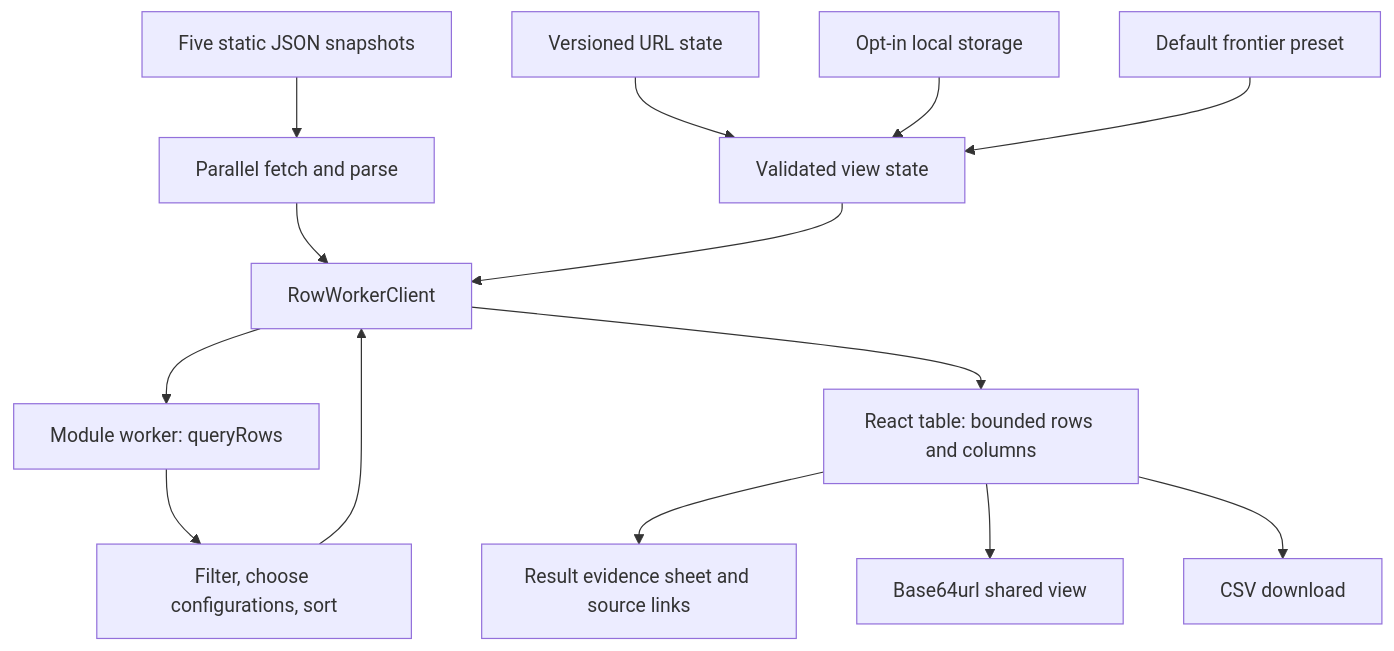
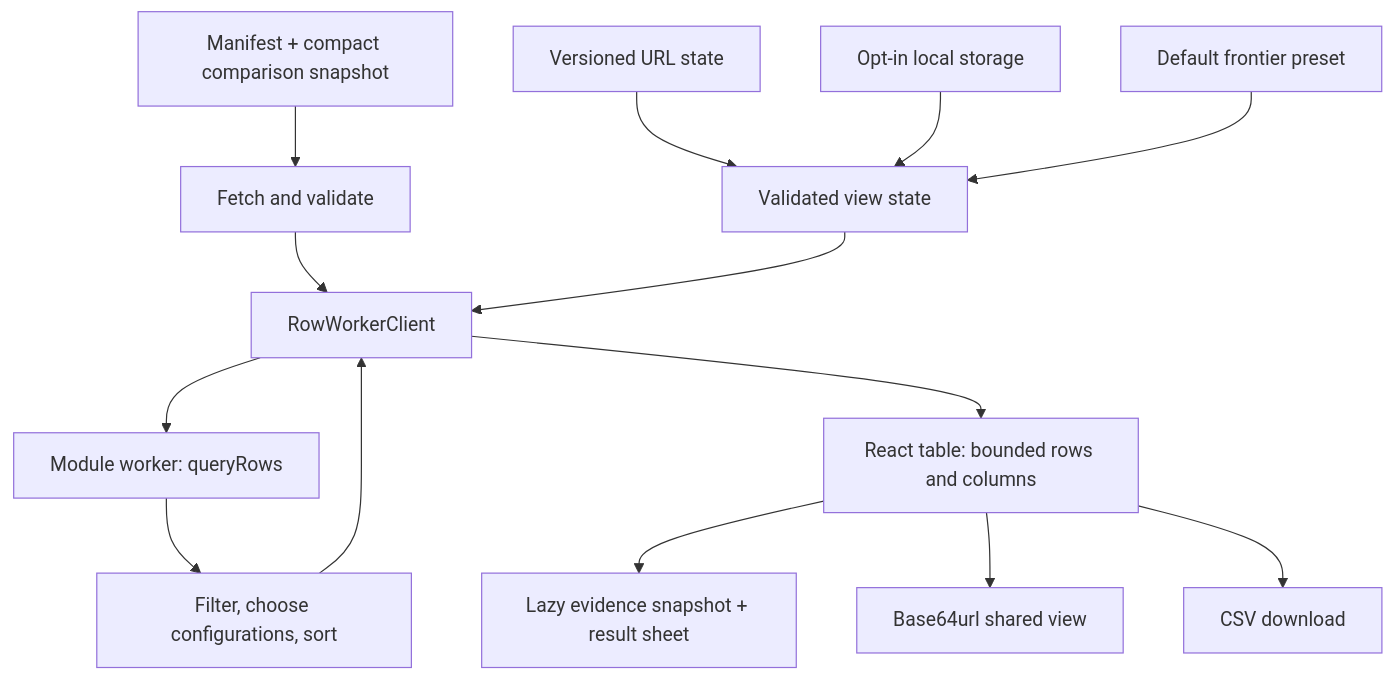
One commit to katagun/allthebenches changed the second of 4 diagrams in docs/ARCHITECTURE.md. Above: the diagram before and after it, drawn with Mermaid. The commit also changed other lines of this file and 44 other files, not shown here.

````diff
--- a/docs/ARCHITECTURE.md
+++ b/docs/ARCHITECTURE.md
@@ -28,16 +28,16 @@
 ```mermaid
 flowchart TD
   URL[Versioned URL state] --> State[Validated view state]
   Saved[Opt-in local storage] --> State
   Defaults[Default frontier preset] --> State
-  JSON[Five static JSON snapshots] --> Loader[Parallel fetch and parse]
+  JSON[Manifest + compact comparison snapshot] --> Loader[Fetch and validate]
   Loader --> Client[RowWorkerClient]
   State --> Client
   Client --> Worker[Module worker: queryRows]
   Worker --> Selection[Filter, choose configurations, sort]
   Selection --> Client
   Client --> UI[React table: bounded rows and columns]
-  UI --> Evidence[Result evidence sheet and source links]
+  UI --> Evidence[Lazy evidence snapshot + result sheet]
   UI --> Share[Base64url shared view]
   UI --> CSV[CSV download]
 ```
````
